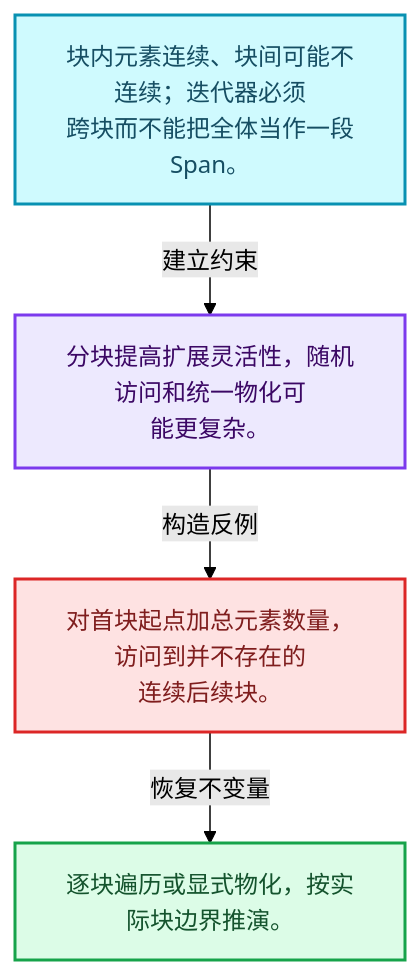
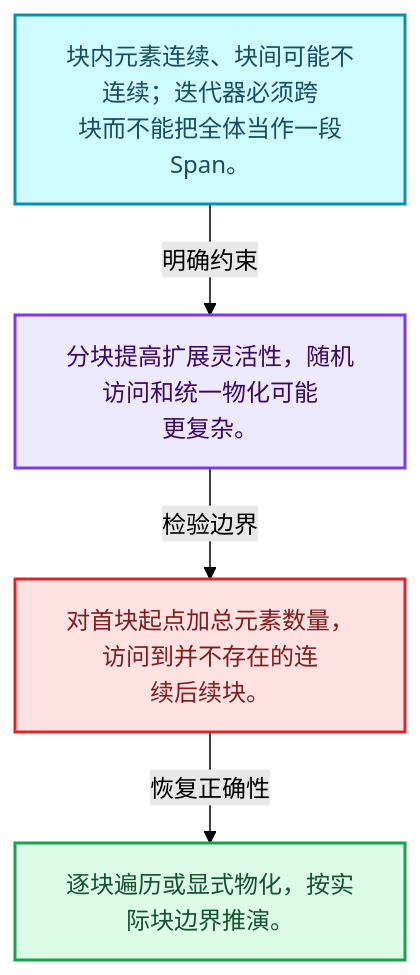
One commit to yunkezengren/blender-.vscode changed the first of 4 diagrams in 杂/markdown/全面学习-codex/03-内存分配与运行时类型/04-ChunkedList分块容器.md. Above: the diagram before and after it, drawn with Mermaid (forest theme). The commit also changed other lines of this file and 1930 other files, not shown here.

````diff
--- a/杂/markdown/全面学习-codex/03-内存分配与运行时类型/04-ChunkedList分块容器.md
+++ b/杂/markdown/全面学习-codex/03-内存分配与运行时类型/04-ChunkedList分块容器.md
@@ -29,16 +29,16 @@
 ```mermaid
 flowchart TB
-  M["块内元素连续、块间可能不连续；迭代器必须<br/>跨块而不能把全体当作一段Span。"]:::data
-  T["分块提高扩展灵活性，随机访问和统一物化可<br/>能更复杂。"]:::abstraction
-  X["对首块起点加总元素数量，访问到并不存在的<br/>连续后续块。"]:::error
-  A["逐块遍历或显式物化，按实际块边界推演。"]:::result
-  M -->|"建立约束"| T
-  T -->|"构造反例"| X
-  X -->|"恢复不变量"| A
+  M["块内元素连续、块间可能不连续；迭代器必须跨<br/>块而不能把全体当作一段Span。"]:::data
+  C["分块提高扩展灵活性，随机访问和统一物化可能<br/>更复杂。"]:::abstraction
+  B["对首块起点加总元素数量，访问到并不存在的连<br/>续后续块。"]:::error
+  R["逐块遍历或显式物化，按实际块边界推演。"]:::result
+  M -->|"明确约束"| C
+  C -->|"检验边界"| B
+  B -->|"恢复正确性"| R
   classDef input fill:#DBEAFE,stroke:#2563EB,color:#172554,stroke-width:2px;
   classDef data fill:#CFFAFE,stroke:#0891B2,color:#164E63,stroke-width:2px;
   classDef abstraction fill:#EDE9FE,stroke:#7C3AED,color:#3B0764,stroke-width:2px;
   classDef compute fill:#FEF3C7,stroke:#D97706,color:#78350F,stroke-width:2px;
   classDef result fill:#DCFCE7,stroke:#16A34A,color:#14532D,stroke-width:2px;
   classDef error fill:#FEE2E2,stroke:#DC2626,color:#7F1D1D,stroke-width:2px;
 ```
````
